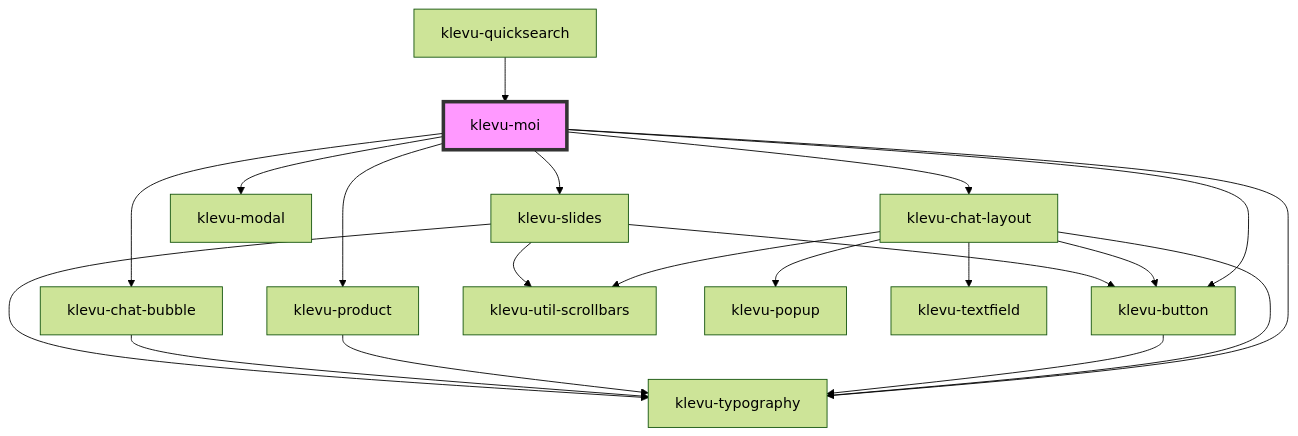
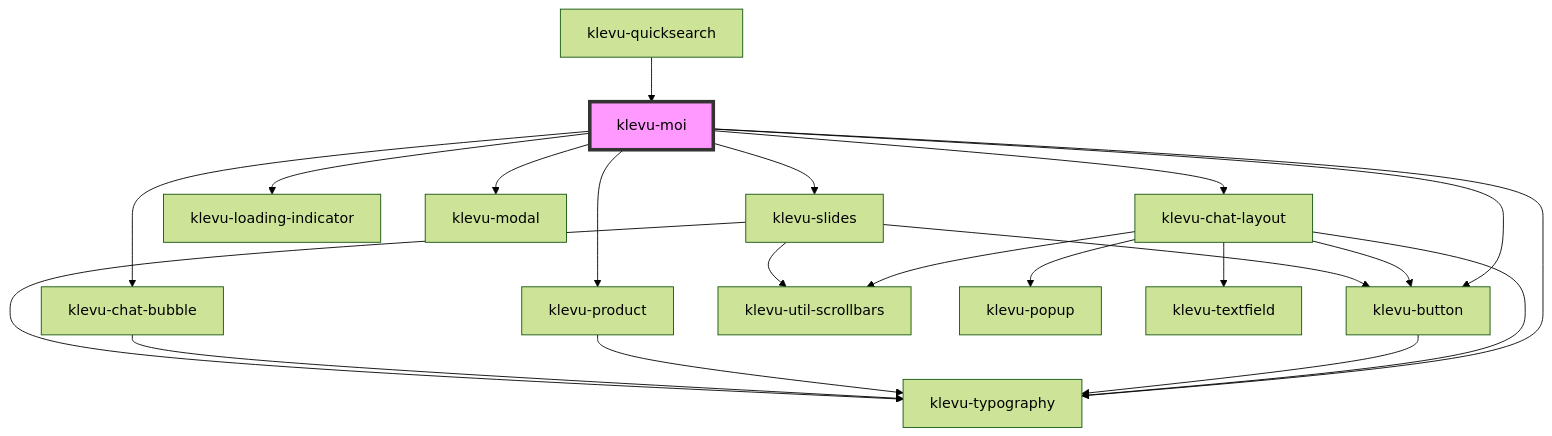
One commit to klevultd/frontend-sdk changed the diagram in packages/klevu-ui/src/components/klevu-moi/readme.md. Above: the diagram before and after it, drawn with Mermaid (forest theme). The commit also changed other lines of this file and 9 other files, not shown here.

Commit message:
Add loading indicator, local MOI filter message and remove unimplemented features

````diff
--- a/packages/klevu-ui/src/components/klevu-moi/readme.md
+++ b/packages/klevu-ui/src/components/klevu-moi/readme.md
@@ -37,23 +38,24 @@
 ```mermaid
 graph TD;
   klevu-moi --> klevu-chat-layout
+  klevu-moi --> klevu-loading-indicator
   klevu-moi --> klevu-button
   klevu-moi --> klevu-modal
   klevu-moi --> klevu-product
   klevu-moi --> klevu-chat-bubble
   klevu-moi --> klevu-typography
   klevu-moi --> klevu-slides
   klevu-chat-layout --> klevu-typography
   klevu-chat-layout --> klevu-button
   klevu-chat-layout --> klevu-util-scrollbars
   klevu-chat-layout --> klevu-popup
   klevu-chat-layout --> klevu-textfield
   klevu-button --> klevu-typography
   klevu-product --> klevu-typography
   klevu-chat-bubble --> klevu-typography
   klevu-slides --> klevu-typography
   klevu-slides --> klevu-button
   klevu-slides --> klevu-util-scrollbars
   klevu-quicksearch --> klevu-moi
   style klevu-moi fill:#f9f,stroke:#333,stroke-width:4px
 ```
````
